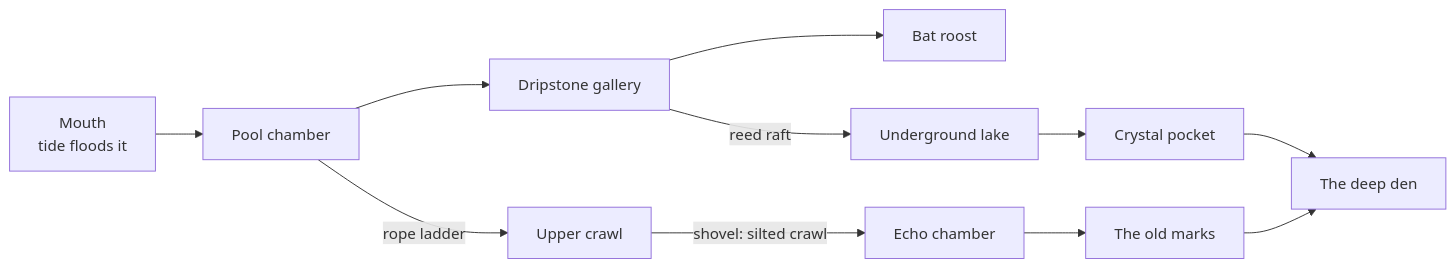
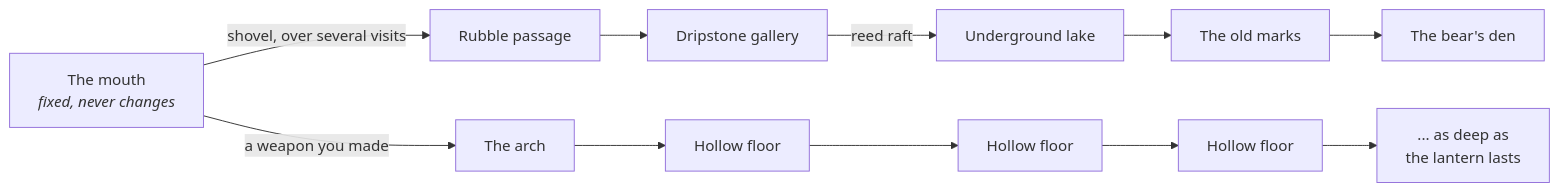
The first of 2 diagrams in docs/future/16-the-sea-cave.md (mshomper/ebb), drawn with Mermaid before and after one commit. The commit also changed other lines of this file and 5 other files, not shown here.

````diff
--- a/docs/future/16-the-sea-cave.md
+++ b/docs/future/16-the-sea-cave.md
@@ -54,13 +28,13 @@
 ```mermaid
 flowchart LR
-  M[Mouth<br/>tide floods it] --> P[Pool chamber]
-  P --> D[Dripstone gallery]
-  P -->|rope ladder| U[Upper crawl]
-  D --> R[Bat roost]
-  D -->|reed raft| L[Underground lake]
-  U -->|shovel: silted crawl| E[Echo chamber]
-  L --> S[Crystal pocket]
-  E --> K[The old marks]
-  S --> B[The deep den]
-  K --> B
+  M[The mouth<br/><i>fixed, never changes</i>] -->|shovel, over several visits| R[Rubble passage]
+  R --> Q1[Dripstone gallery]
+  Q1 -->|reed raft| Q2[Underground lake]
+  Q2 --> Q3[The old marks]
+  Q3 --> B[The bear's den]
+  M -->|a weapon you made| G[The arch]
+  G --> H1[Hollow floor]
+  H1 --> H2[Hollow floor]
+  H2 --> H3[Hollow floor]
+  H3 --> H4[... as deep as<br/>the lantern lasts]
 ```
````
